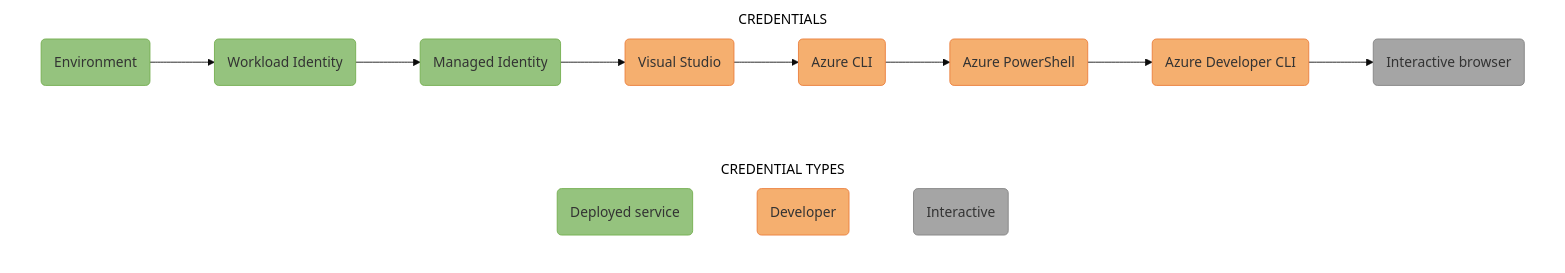
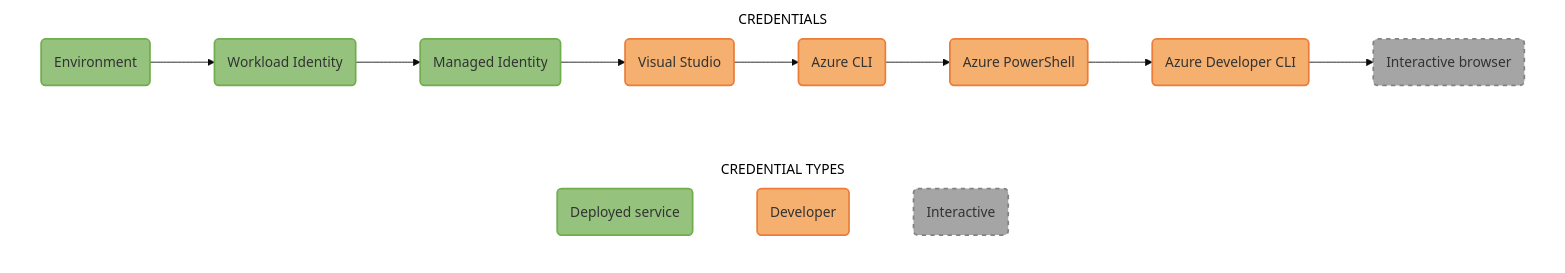
One commit to dotnet/docs changed the diagram in docs/azure/sdk/media/mermaidjs/DefaultAzureCredentialAuthFlow.md. Above: the diagram before and after it, drawn with Mermaid. The commit also changed 6 other files, not shown here.

Commit message:
Update diagrams

````diff
--- a/docs/azure/sdk/media/mermaidjs/DefaultAzureCredentialAuthFlow.md
+++ b/docs/azure/sdk/media/mermaidjs/DefaultAzureCredentialAuthFlow.md
@@ -1,46 +1,46 @@
 ```mermaid
 %% STEPS TO GENERATE IMAGE
 %% =======================
 %% 1. Install mermaid CLI v10.9.1 (see https://github.com/mermaid-js/mermaid-cli/blob/master/README.md):
 %%    npm i -g @mermaid-js/mermaid-cli@10.9.1
 %% 2. Run command: mmdc -i DefaultAzureCredentialAuthFlow.md -o DefaultAzureCredentialAuthFlow.svg
 
 %%{
   init: {
     'theme': 'base',
     'themeVariables': {
       'tertiaryBorderColor': '#fff',
       'tertiaryColor': '#fff'
     }
   }
 }%%
 
 flowchart LR;
     accTitle: DefaultAzureCredential authentication flow
     accDescr: Flowchart showing the credential chain implemented by DefaultAzureCredential
 
     subgraph CREDENTIAL TYPES;
         direction LR;
         Deployed(Deployed service):::deployed ~~~ Developer(Developer):::developer ~~~ Interactive(Interactive):::interactive;
     end;
 
     subgraph CREDENTIALS;
         direction LR;
         A(Environment):::deployed --> B(Workload Identity):::deployed --> C(Managed Identity):::deployed --> D(Visual Studio):::developer --> E(Azure CLI):::developer --> F(Azure PowerShell):::developer --> G(Azure Developer CLI):::developer --> H(Interactive browser):::interactive;
     end;
 
     %% Define styles for credential type boxes
-    classDef deployed fill:#95C37E, stroke:#71AD4C;
-    classDef developer fill:#F5AF6F, stroke:#EB7C39;
-    classDef interactive fill:#A5A5A5, stroke:#828282;
+    classDef deployed fill:#95C37E, stroke:#71AD4C, stroke-width:2px;
+    classDef developer fill:#F5AF6F, stroke:#EB7C39, stroke-width:2px;
+    classDef interactive fill:#A5A5A5, stroke:#828282, stroke-dasharray:5 5, stroke-width:2px;
 
     %% Add API ref links to credential type boxes
     click A "https://learn.microsoft.com/dotnet/api/azure.identity.environmentcredential?view=azure-dotnet" _blank;
     click B "https://learn.microsoft.com/dotnet/api/azure.identity.workloadidentitycredential?view=azure-dotnet" _blank;
     click C "https://learn.microsoft.com/dotnet/api/azure.identity.managedidentitycredential?view=azure-dotnet" _blank;
     click D "https://learn.microsoft.com/dotnet/api/azure.identity.visualstudiocredential?view=azure-dotnet" _blank;
     click E "https://learn.microsoft.com/dotnet/api/azure.identity.azureclicredential?view=azure-dotnet" _blank;
     click F "https://learn.microsoft.com/dotnet/api/azure.identity.azurepowershellcredential?view=azure-dotnet" _blank;
     click G "https://learn.microsoft.com/dotnet/api/azure.identity.azuredeveloperclicredential?view=azure-dotnet" _blank
     click H "https://learn.microsoft.com/dotnet/api/azure.identity.interactivebrowsercredential?view=azure-dotnet" _blank;
 ```
````
